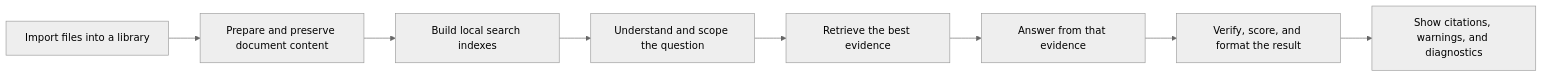
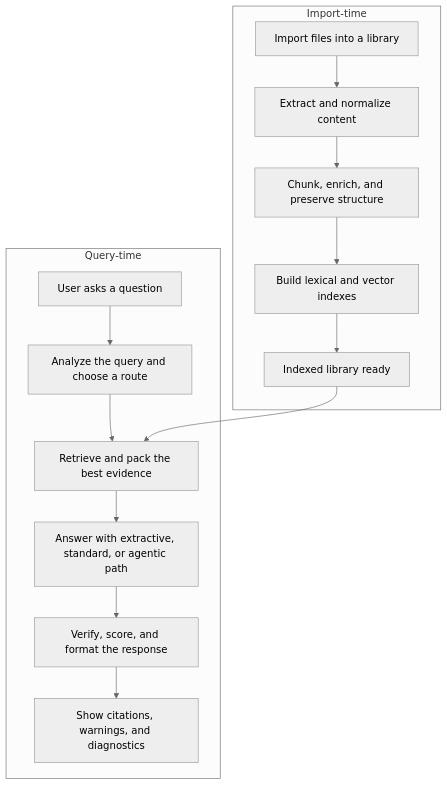
Before and after one commit to Gunnarguy/OpenIntelligence: the first of 6 diagrams in README.md, drawn with Mermaid (neutral theme). The commit also changed other lines of this file and 1 other file, not shown here.

First line of the commit message:
Clarifies import vs query pipeline routing

````diff
--- a/README.md
+++ b/README.md
@@ -54,10 +55,23 @@
 ```mermaid
-flowchart LR
-  A[Import files into a library] --> B[Prepare and preserve document content]
-  B --> C[Build local search indexes]
-  C --> D[Understand and scope the question]
-  D --> E[Retrieve the best evidence]
-  E --> F[Answer from that evidence]
-  F --> G[Verify, score, and format the result]
-  G --> H[Show citations, warnings, and diagnostics]
+flowchart TD
+  subgraph INGEST[Import-time]
+    A1[Import files into a library]
+    A2[Extract and normalize content]
+    A3[Chunk, enrich, and preserve structure]
+    A4[Build lexical and vector indexes]
+    A5[Indexed library ready]
+    A1 --> A2 --> A3 --> A4 --> A5
+  end
+
+  subgraph QUERY[Query-time]
+    B1[User asks a question]
+    B2[Analyze the query and choose a route]
+    B3[Retrieve and pack the best evidence]
+    B4[Answer with extractive, standard, or agentic path]
+    B5[Verify, score, and format the response]
+    B6[Show citations, warnings, and diagnostics]
+    B1 --> B2 --> B3 --> B4 --> B5 --> B6
+  end
+
+  A5 --> B3
 ```
````
